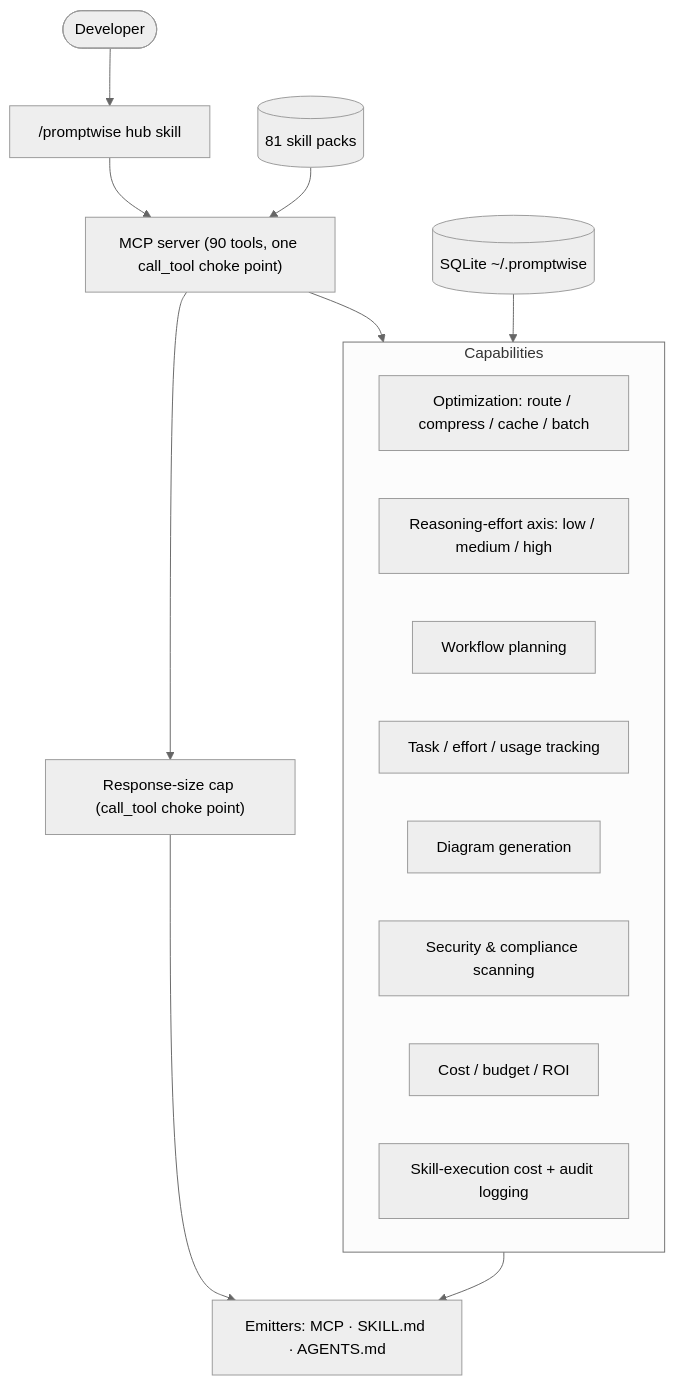
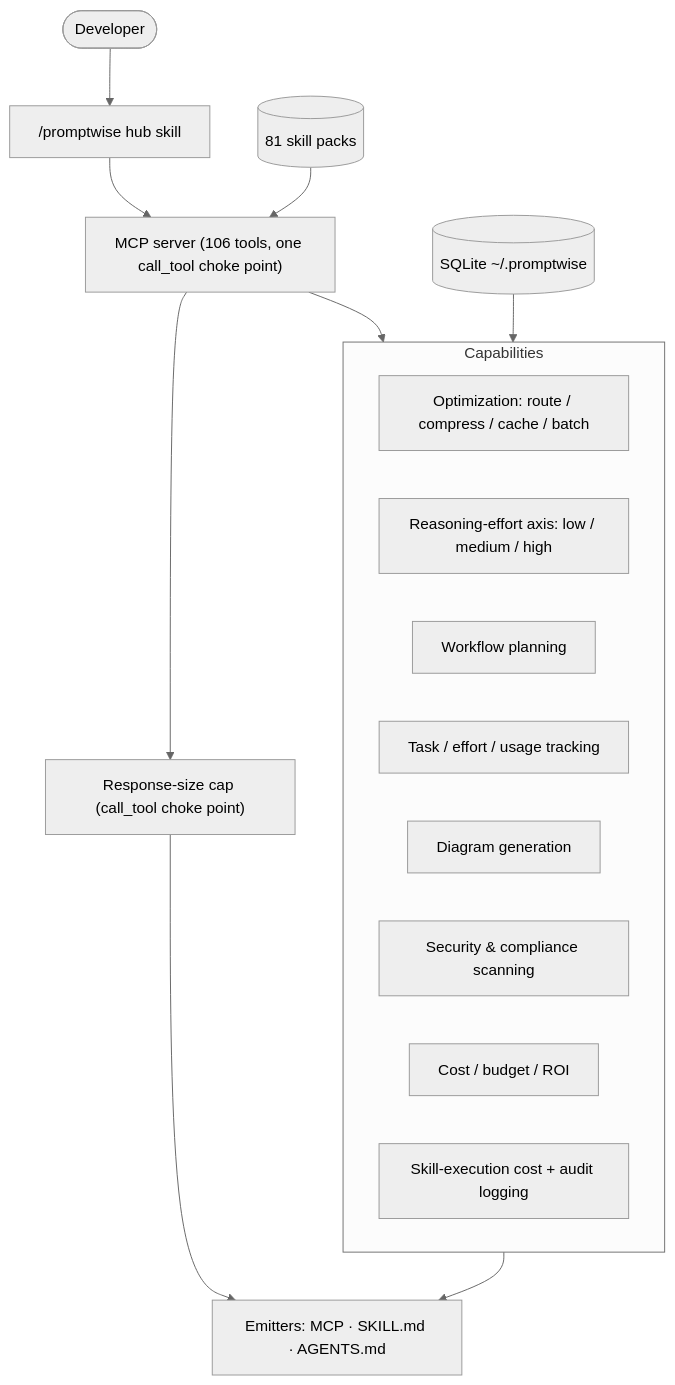
One commit to u2anilgit/PromptWise changed the first of 6 diagrams in docs/ARCHITECTURE.md. Above: the diagram before and after it, drawn with Mermaid (neutral theme). The commit also changed 9 other files, not shown here.

````diff
--- a/docs/ARCHITECTURE.md
+++ b/docs/ARCHITECTURE.md
@@ -10,21 +10,21 @@
 ```mermaid
 flowchart TB
   dev([Developer]) --> hub["/promptwise hub skill"]
-  hub --> mcp["MCP server (90 tools, one call_tool choke point)"]
+  hub --> mcp["MCP server (106 tools, one call_tool choke point)"]
   subgraph Capabilities
     opt[Optimization: route / compress / cache / batch]
     effort[Reasoning-effort axis: low / medium / high]
     flow[Workflow planning]
     track[Task / effort / usage tracking]
     diag[Diagram generation]
     sec[Security & compliance scanning]
     cost[Cost / budget / ROI]
     skillaudit[Skill-execution cost + audit logging]
   end
   mcp --> Capabilities
   mcp --> cap["Response-size cap (call_tool choke point)"]
   cap --> emit["Emitters: MCP · SKILL.md · AGENTS.md"]
   Capabilities --> emit
   packs[("81 skill packs")] --> mcp
   store[("SQLite ~/.promptwise")] --> Capabilities
 ```
````
